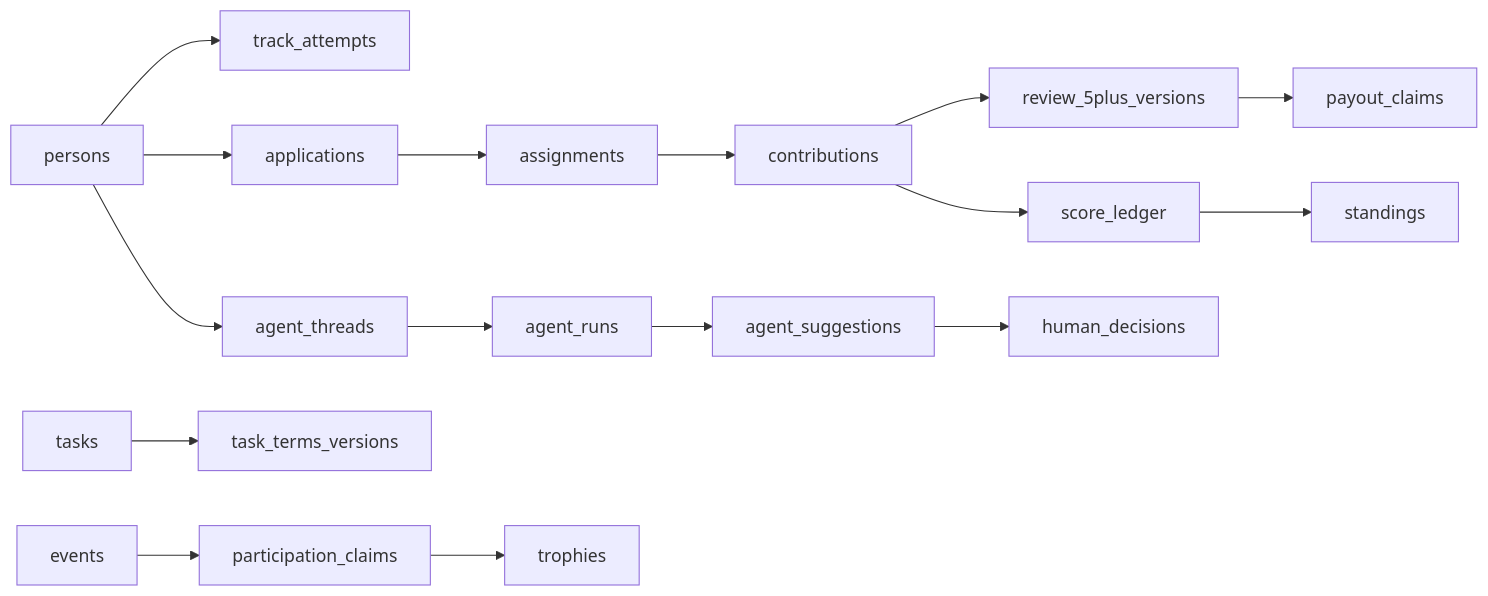
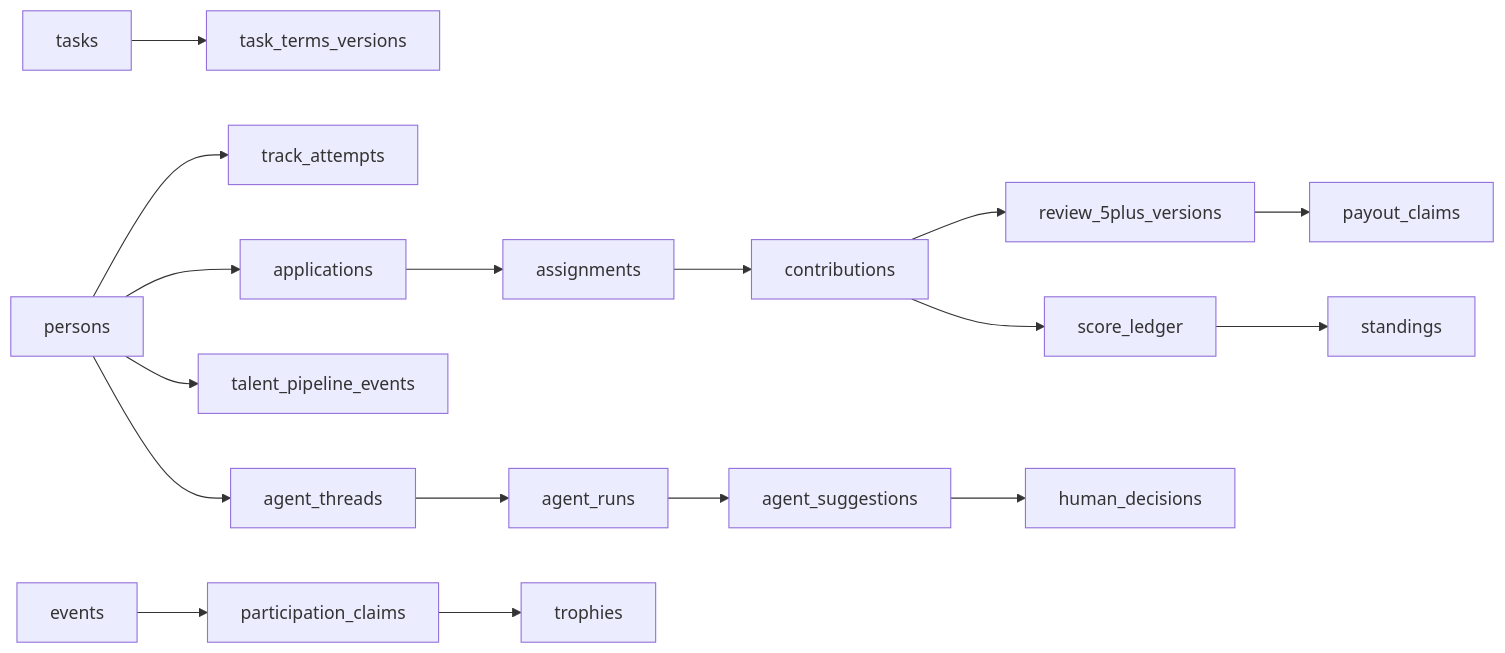
The diagram in docs/domain-model.md (Podtverzhdeno/Sber-Platform), drawn with Mermaid before and after one commit. The commit also changed other lines of this file and 17 other files, not shown here.

Commit message:
feat: add human-controlled talent pipeline

````diff
--- a/docs/domain-model.md
+++ b/docs/domain-model.md
@@ -18,18 +18,19 @@
 ```mermaid
 flowchart LR
   Person[persons] --> Track[track_attempts]
   Person --> Application[applications]
   Task[tasks] --> Terms[task_terms_versions]
   Application --> Assignment[assignments]
   Assignment --> Contribution[contributions]
   Contribution --> Review[review_5plus_versions]
   Review --> Payout[payout_claims]
   Contribution --> Score[score_ledger]
   Score --> Standing[standings]
   Event[events] --> Claim[participation_claims]
   Claim --> Trophy[trophies]
+  Person --> Pipeline[talent_pipeline_events]
   Person --> Thread[agent_threads]
   Thread --> Run[agent_runs]
   Run --> Suggestion[agent_suggestions]
   Suggestion --> Decision[human_decisions]
 ```
````
